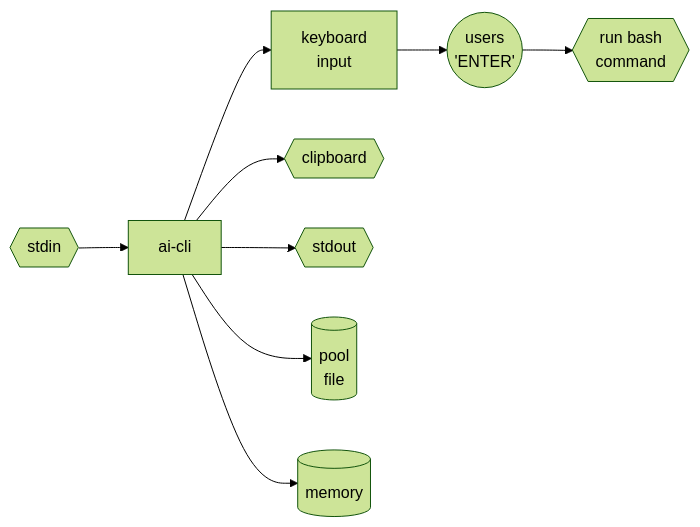
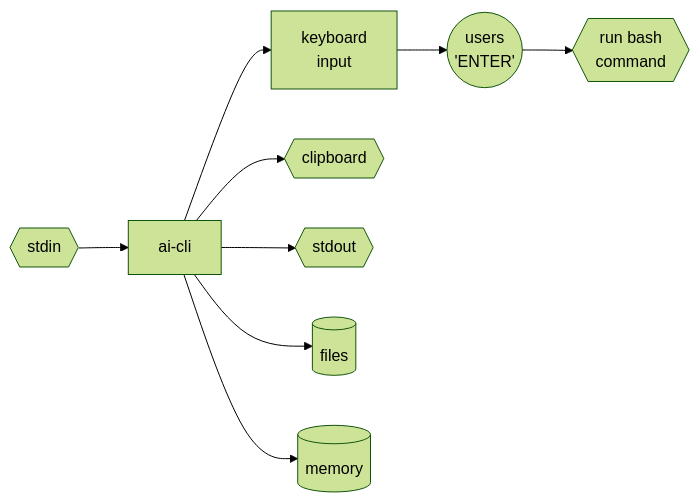
The first of 2 diagrams in README.md (johnthesmith/ai-cli), drawn with Mermaid (forest theme) before and after one commit. The commit also changed other lines of this file and 43 other files, not shown here.

````diff
--- a/README.md
+++ b/README.md
@@ -37,15 +40,15 @@
 ```mermaid
 flowchart LR
     keyboard[ keyboard \n input ]
     clipboard{{clipboard}}
     stdout{{stdout}}
     stdin{{stdin}}
-    pool[(pool \n file)]
+    files[(files)]
     memory[(memory)]
     ai[ai-cli]
     bash{{run bash \n command}}
     user((users \n 'ENTER'))
 
     keyboard --> user --> bash
-    stdin --> ai --> keyboard &  memory & pool & clipboard & stdout
+    stdin --> ai --> keyboard & memory & files & clipboard & stdout
 ```
````
